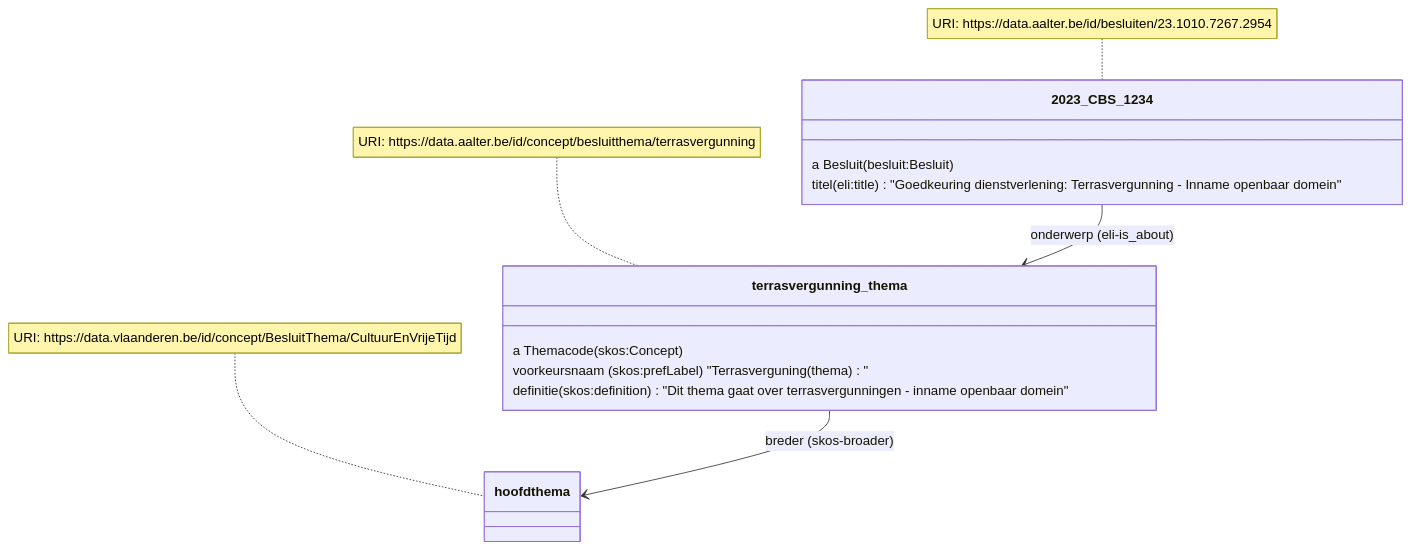
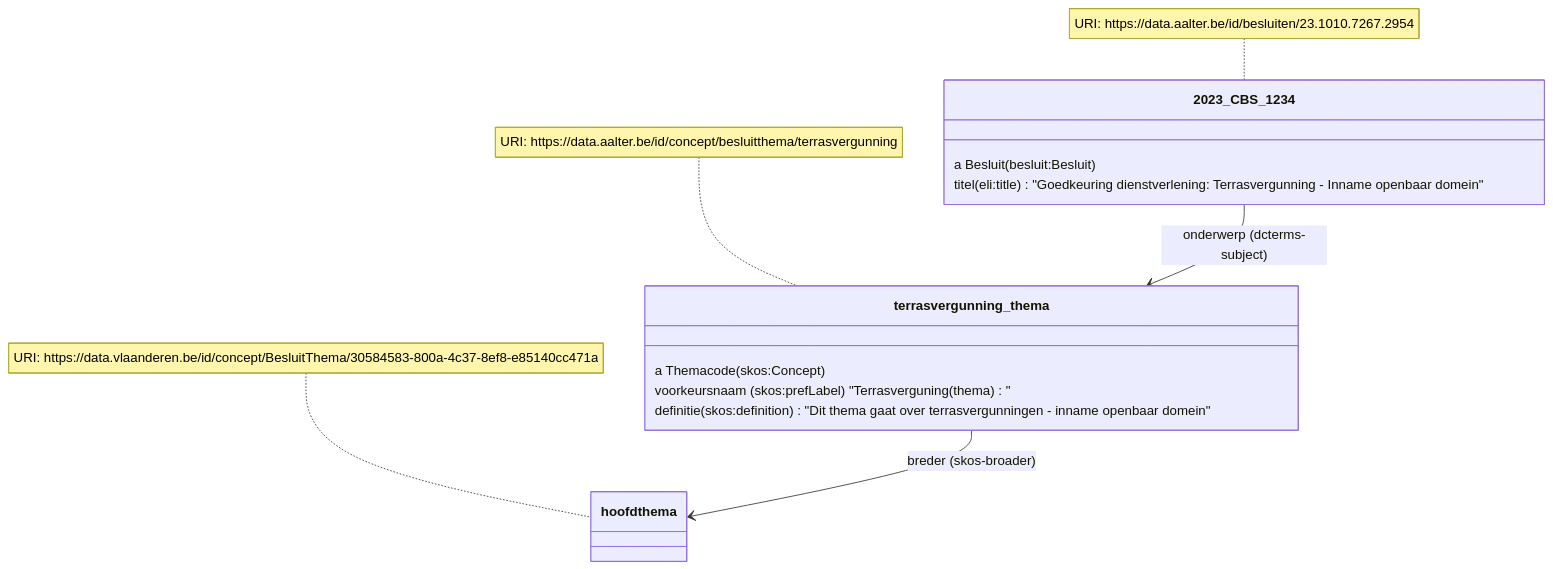
One commit to Informatievlaanderen/OSLOthema-slimmeRaadpleegOmgeving changed the eighth of 15 diagrams in README.md. Above: the diagram before and after it, drawn with Mermaid. The commit also changed other lines of this file, not shown here.

Commit message:
Fix eli:is_about to dcterms:subject

````diff
--- a/README.md
+++ b/README.md
@@ -276,17 +276,17 @@
 ```mermaid
 classDiagram
-    2023_CBS_1234 --> terrasvergunning_thema: onderwerp (eli-is_about)
+    2023_CBS_1234 --> terrasvergunning_thema: onderwerp (dcterms-subject)
     terrasvergunning_thema --> hoofdthema: breder (skos-broader)
     note for 2023_CBS_1234 "URI: https://data.aalter.be/id/besluiten/23.1010.7267.2954"
     note for terrasvergunning_thema "URI: https://data.aalter.be/id/concept/besluitthema/terrasvergunning"
-    note for hoofdthema "URI: https://data.vlaanderen.be/id/concept/BesluitThema/CultuurEnVrijeTijd"
+    note for hoofdthema "URI: https://data.vlaanderen.be/id/concept/BesluitThema/30584583-800a-4c37-8ef8-e85140cc471a"
     class 2023_CBS_1234 {
       a Besluit (besluit:Besluit)
       titel (eli:title) "Goedkeuring dienstverlening: Terrasvergunning - Inname openbaar domein"
     }
     class terrasvergunning_thema {
       a Themacode (skos:Concept)
       voorkeursnaam (skos:prefLabel) "Terrasverguning (thema)"
       definitie (skos:definition) "Dit thema gaat over terrasvergunningen - inname openbaar domein"
     }
 ```
````
